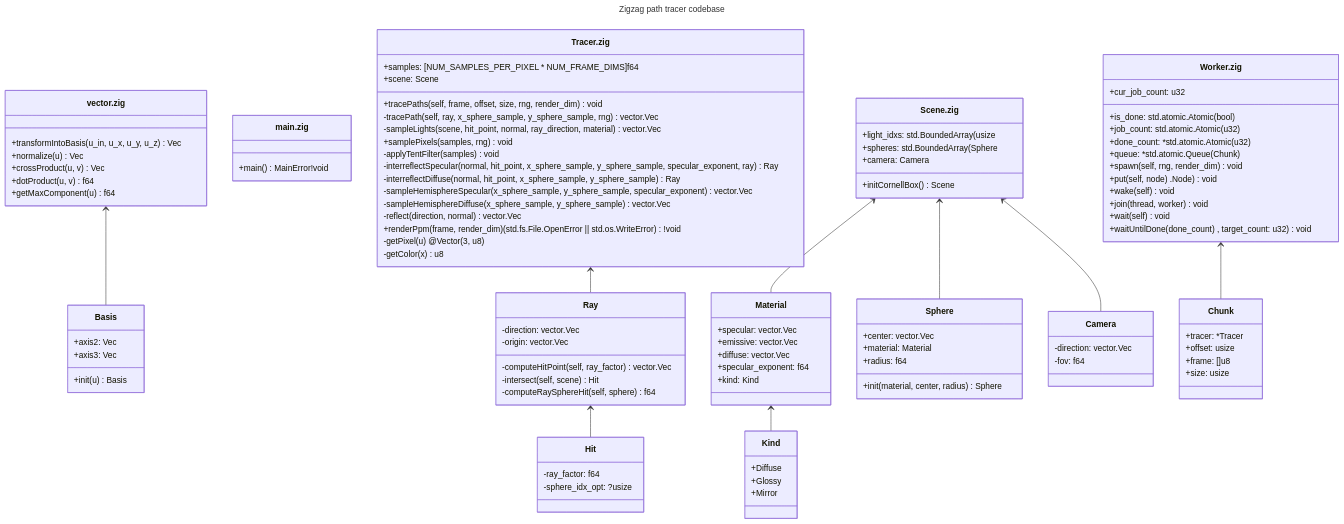
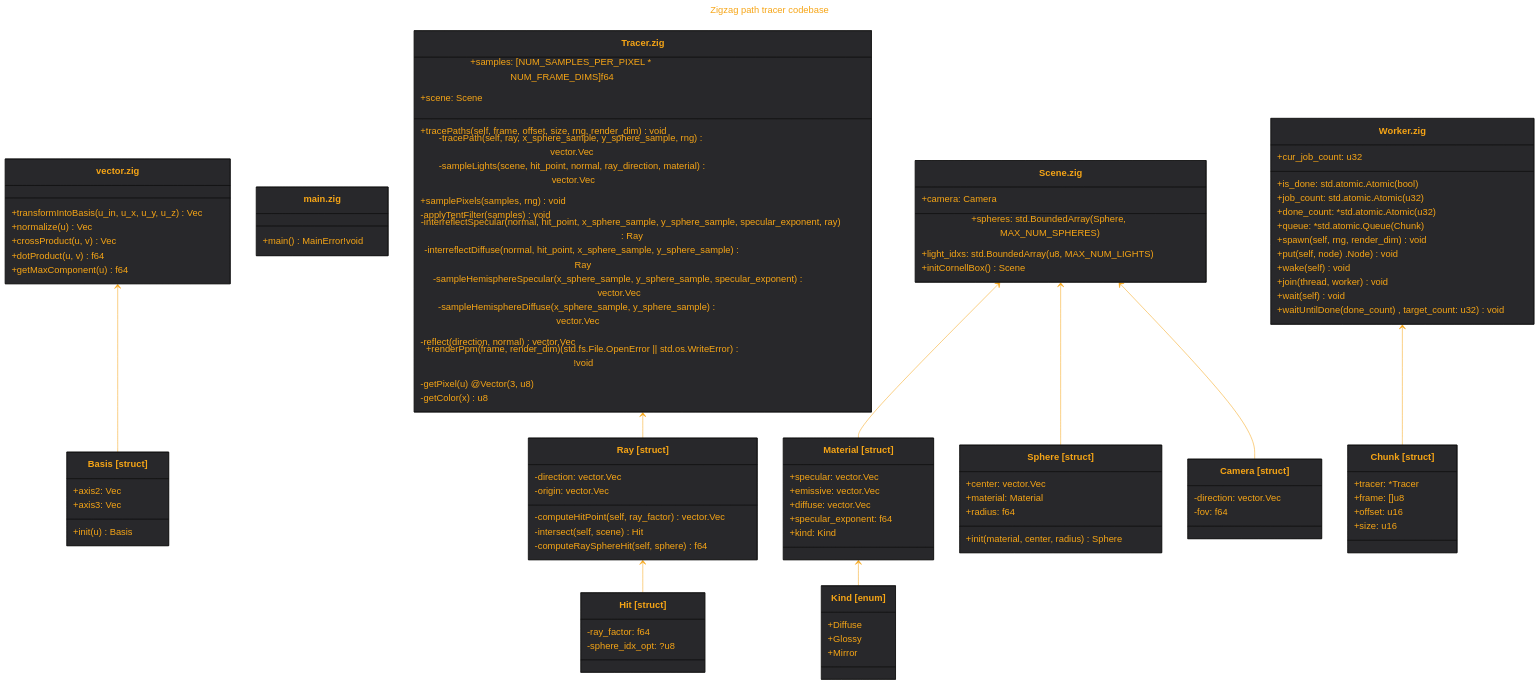
One commit to tensorush/meduza changed the diagram in out/mdz.md. Above: the diagram before and after it, drawn with Mermaid. The commit also changed 5 other files, not shown here.

```diff
--- a/out/mdz.md
+++ b/out/mdz.md
@@ -2,8 +2,21 @@
 ---
 title: Zigzag path tracer codebase
 ---
+%%{
+    init: {
+        'theme': 'base',
+        'securityLevel': 'loose',
+        'themeVariables': {
+            'fontSize': '18px',
+            'lineColor': '#F6A516',
+            'fontFamily': 'Fira Code',
+            'primaryColor': '#28282B',
+            'primaryTextColor': '#F6A516'
+        }
+    }
+}%%
 classDiagram
-class Basis {
+class Basis["Basis [struct]"] {
     +axis2: Vec
     +axis3: Vec
     +init(u) Basis
@@ -22,12 +35,12 @@
     +main() MainError!void
 }
 link `main.zig` "https://github.com/tensorush/zigzag/blob/main/src/main.zig"
-class Hit {
+class Hit["Hit [struct]"] {
     -ray_factor: f64
-    -sphere_idx_opt: ?usize
+    -sphere_idx_opt: ?u8
 }
 link Hit "https://github.com/tensorush/zigzag/blob/main/src/Tracer.zig#L23"
-class Ray {
+class Ray["Ray [struct]"] {
     -direction: vector.Vec
     -origin: vector.Vec
     -computeHitPoint(self, ray_factor) vector.Vec
@@ -55,13 +68,13 @@
 }
 `Tracer.zig` <-- Ray
 link `Tracer.zig` "https://github.com/tensorush/zigzag/blob/main/src/Tracer.zig"
-class Kind {
+class Kind["Kind [enum]"] {
     +Diffuse
     +Glossy
     +Mirror
 }
 link Kind "https://github.com/tensorush/zigzag/blob/main/src/Scene.zig#L20"
-class Material {
+class Material["Material [struct]"] {
     +specular: vector.Vec
     +emissive: vector.Vec
     +diffuse: vector.Vec
@@ -70,21 +83,21 @@
 }
 Material <-- Kind
 link Material "https://github.com/tensorush/zigzag/blob/main/src/Scene.zig#L13"
-class Sphere {
+class Sphere["Sphere [struct]"] {
     +center: vector.Vec
     +material: Material
     +radius: f64
     +init(material, center, radius) Sphere
 }
 link Sphere "https://github.com/tensorush/zigzag/blob/main/src/Scene.zig#L27"
-class Camera {
+class Camera["Camera [struct]"] {
     -direction: vector.Vec
     -fov: f64
 }
 link Camera "https://github.com/tensorush/zigzag/blob/main/src/Scene.zig#L37"
 class `Scene.zig` {
-    +light_idxs: std.BoundedArray(usize
-    +spheres: std.BoundedArray(Sphere
+    +spheres: std.BoundedArray(Sphere, MAX_NUM_SPHERES)
+    +light_idxs: std.BoundedArray(u8, MAX_NUM_LIGHTS)
     +camera: Camera
     +initCornellBox() Scene
 }
@@ -92,11 +105,11 @@
 `Scene.zig` <-- Sphere
 `Scene.zig` <-- Camera
 link `Scene.zig` "https://github.com/tensorush/zigzag/blob/main/src/Scene.zig"
-class Chunk {
+class Chunk["Chunk [struct]"] {
     +tracer: *Tracer
-    +offset: usize
     +frame: []u8
-    +size: usize
+    +offset: u16
+    +size: u16
 }
 link Chunk "https://github.com/tensorush/zigzag/blob/main/src/Worker.zig#L12"
 class `Worker.zig` {
```
